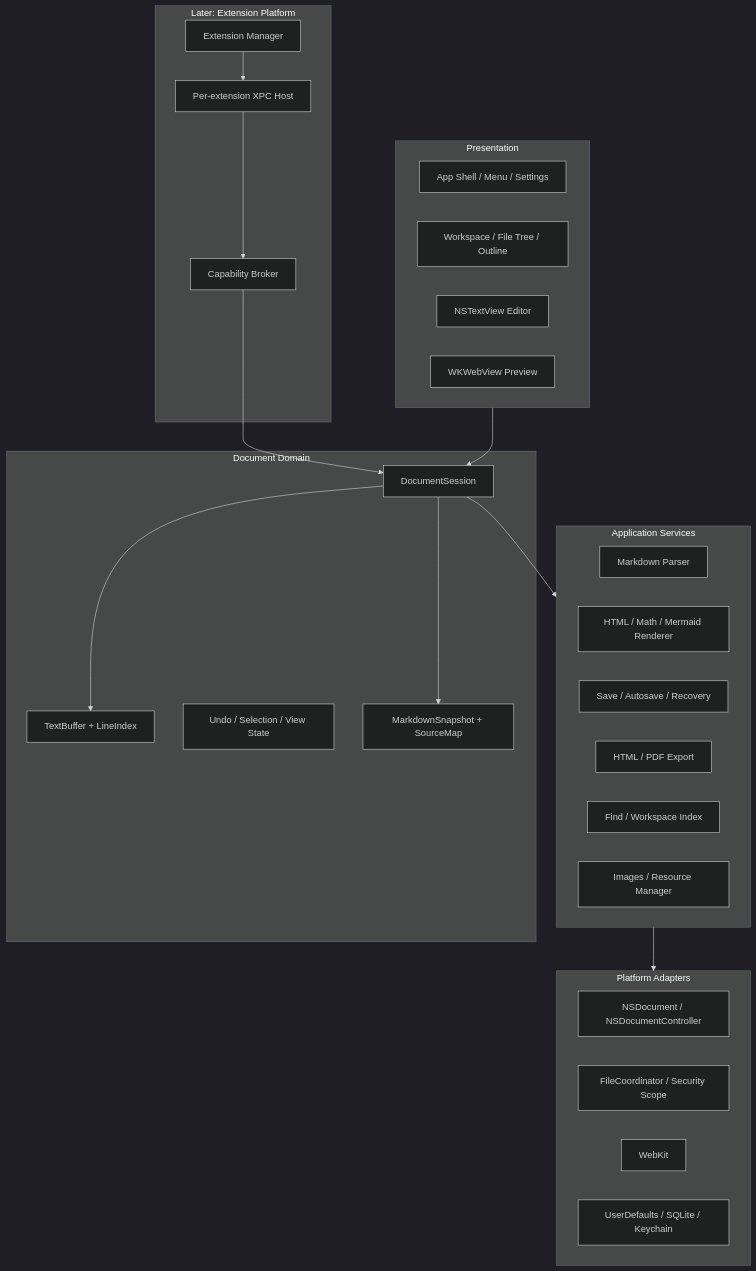
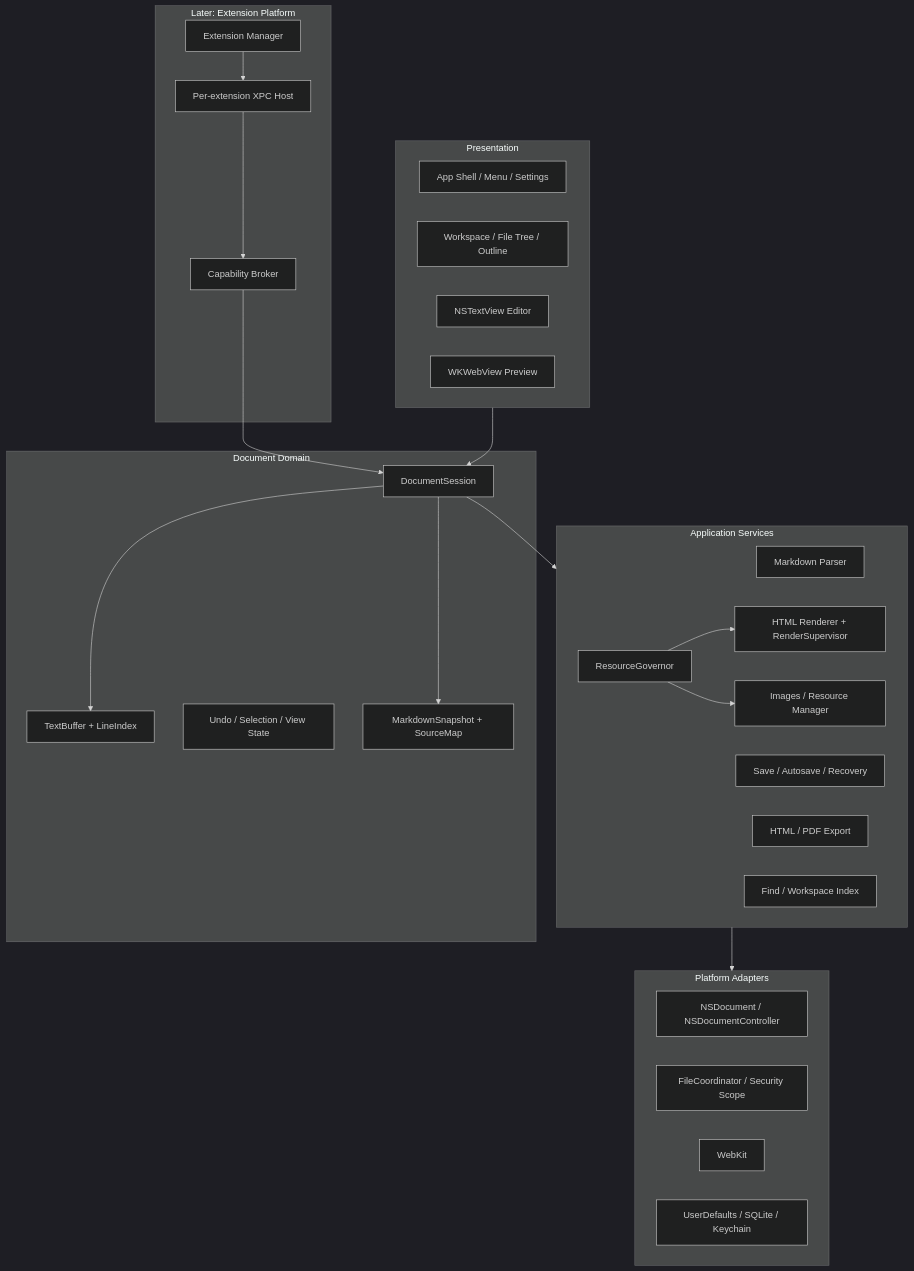
Before and after one commit to Eulimene/Inflow: the first of 4 diagrams in docs/engineering/TECHNICAL_DESIGN.md, drawn with Mermaid (dark theme). The commit also changed other lines of this file and 57 other files, not shown here.

````diff
--- a/docs/engineering/TECHNICAL_DESIGN.md
+++ b/docs/engineering/TECHNICAL_DESIGN.md
@@ -48,47 +48,50 @@
 ```mermaid
 flowchart TB
     subgraph UI["Presentation"]
       Shell["App Shell / Menu / Settings"]
       WorkspaceUI["Workspace / File Tree / Outline"]
       EditorUI["NSTextView Editor"]
       PreviewUI["WKWebView Preview"]
     end
 
     subgraph Domain["Document Domain"]
       Session["DocumentSession"]
       Buffer["TextBuffer + LineIndex"]
       Undo["Undo / Selection / View State"]
       AST["MarkdownSnapshot + SourceMap"]
     end
 
     subgraph Services["Application Services"]
       Parser["Markdown Parser"]
-      Render["HTML / Math / Mermaid Renderer"]
+      Render["HTML Renderer + RenderSupervisor"]
+      Governor["ResourceGovernor"]
       Save["Save / Autosave / Recovery"]
       Export["HTML / PDF Export"]
       Search["Find / Workspace Index"]
       Asset["Images / Resource Manager"]
     end
 
     subgraph Platform["Platform Adapters"]
       Docs["NSDocument / NSDocumentController"]
       Files["FileCoordinator / Security Scope"]
       WebKit["WebKit"]
       Defaults["UserDefaults / SQLite / Keychain"]
     end
 
     subgraph Extensions["Later: Extension Platform"]
       Manager["Extension Manager"]
       Host["Per-extension XPC Host"]
       Broker["Capability Broker"]
     end
 
     UI --> Session
     Session --> Buffer
     Session --> AST
     Session --> Services
     Services --> Platform
+    Governor --> Render
+    Governor --> Asset
     Manager --> Host
     Host --> Broker
     Broker --> Session
 ```
````
